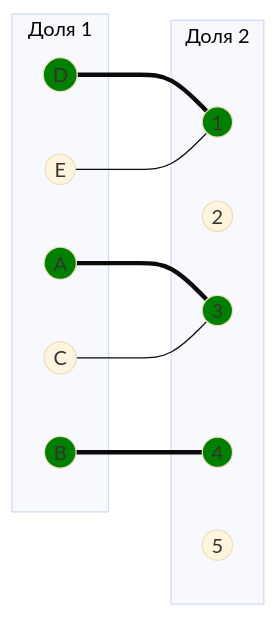
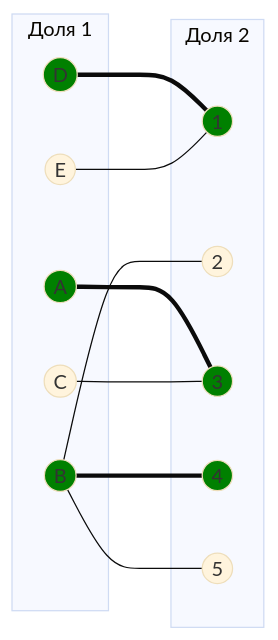
Before and after one commit to algos-ris-24-4/manual-tasks: the second of 5 diagrams in Задание 8/krytie.md, drawn with Mermaid (base theme). The commit also changed other lines of this file, not shown here.

````diff
--- a/Задание 8/krytie.md
+++ b/Задание 8/krytie.md
@@ -120,29 +89,31 @@
 ```mermaid
 graph LR
     subgraph "Доля 1"
         A((A))
         B((B))
         C((C))
         D((D))
         E((E))
     end
     subgraph "Доля 2"
         1((1))
         2((2))
         3((3))
         4((4))
         5((5))
     end
     A === 3
     B === 4
+    B --- 2
+    B --- 5
     C --- 3
     D === 1
     E --- 1
     
     style A fill:#008000
+    style D fill:#008000
     style B fill:#008000
-    style D fill:#008000
+    style 4 fill:#008000
     style 1 fill:#008000
     style 3 fill:#008000
-    style 4 fill:#008000
 ```
````
